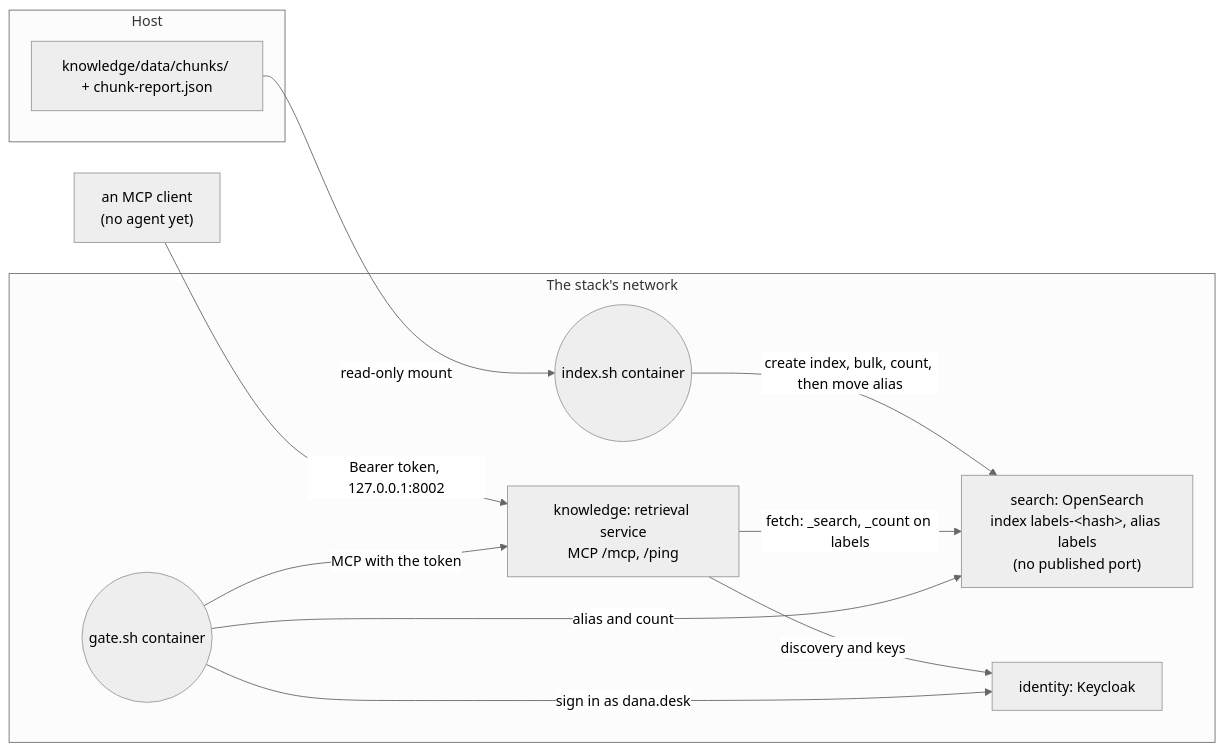
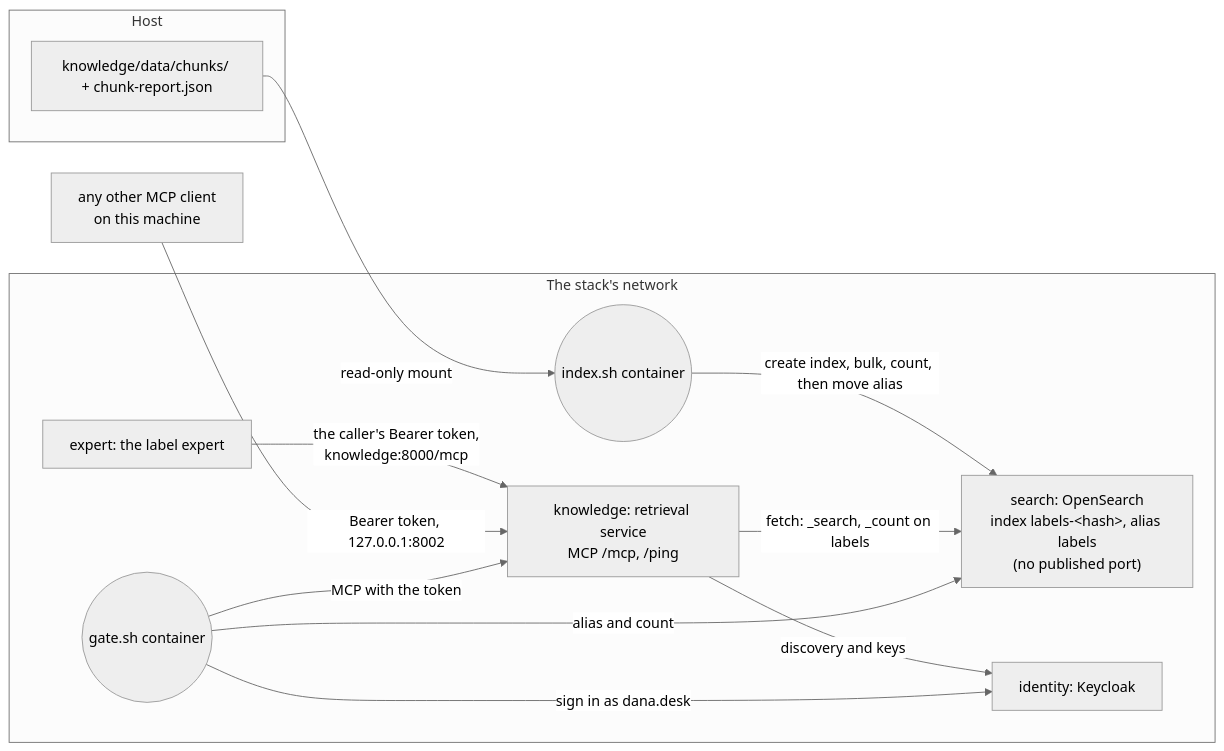
The fifth of 5 diagrams in docs/architecture/knowledge.md (AndrewPHunter/ai-on-aws), drawn with Mermaid (neutral theme) before and after one commit. The commit also changed other lines of this file and 23 other files, not shown here.

````diff
--- a/docs/architecture/knowledge.md
+++ b/docs/architecture/knowledge.md
@@ -133,22 +133,24 @@
 ```mermaid
 flowchart LR
     subgraph Host
         CK["knowledge/data/chunks/ + chunk-report.json"]
     end
     subgraph Net["The stack's network"]
         IX(("index.sh container"))
         OS["search: OpenSearch<br/>index labels-&lt;hash&gt;, alias labels<br/>(no published port)"]
         RS["knowledge: retrieval service<br/>MCP /mcp, /ping"]
         ID["identity: Keycloak"]
         GT(("gate.sh container"))
+        AG["expert: the label expert"]
     end
-    AG["an MCP client<br/>(no agent yet)"]
+    MC["any other MCP client<br/>on this machine"]
     CK -- "read-only mount" --> IX
     IX -- "create index, bulk, count, then move alias" --> OS
-    AG -- "Bearer token, 127.0.0.1:8002" --> RS
+    AG -- "the caller's Bearer token,<br/>knowledge:8000/mcp" --> RS
+    MC -- "Bearer token, 127.0.0.1:8002" --> RS
     RS -- "discovery and keys" --> ID
     RS -- "fetch: _search, _count on labels" --> OS
     GT -- "sign in as dana.desk" --> ID
     GT -- "MCP with the token" --> RS
     GT -- "alias and count" --> OS
 ```
````
